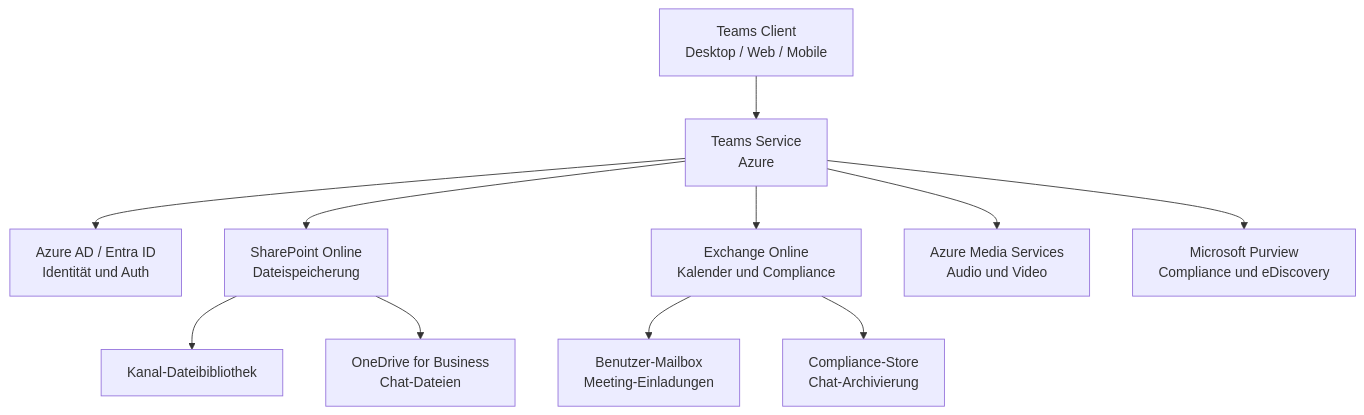
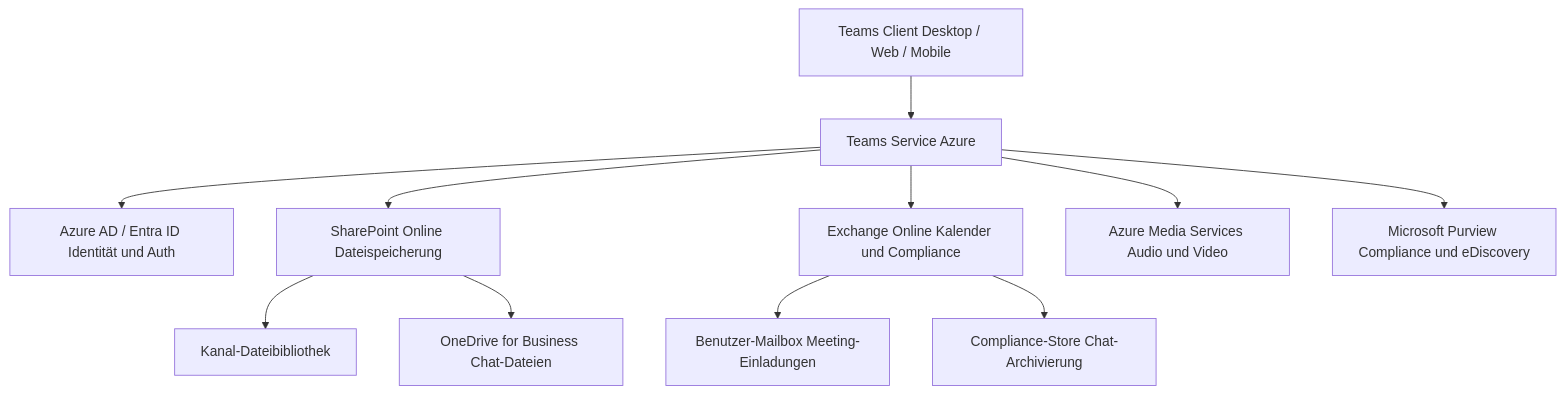
The first of 3 diagrams in Microsoft 365/Teams/Teams Grundlagen.md (SoniiiT/notes-n-docs), drawn with Mermaid before and after one commit. The commit also changed other lines of this file and 124 other files, not shown here.

First line of the commit message:
fix: Entferne \n aus allen Mermaid-Diagrammen (125 Dateien)

````diff
--- a/Microsoft 365/Teams/Teams Grundlagen.md
+++ b/Microsoft 365/Teams/Teams Grundlagen.md
@@ -36,13 +36,13 @@
 ```mermaid
 graph TD
-    TC[Teams Client\nDesktop / Web / Mobile] --> TS[Teams Service\nAzure]
-    TS --> AAD[Azure AD / Entra ID\nIdentität und Auth]
-    TS --> SPO[SharePoint Online\nDateispeicherung]
-    TS --> EXO[Exchange Online\nKalender und Compliance]
-    TS --> SKYPE[Azure Media Services\nAudio und Video]
-    TS --> PURVIEW[Microsoft Purview\nCompliance und eDiscovery]
+    TC[Teams Client Desktop / Web / Mobile] --> TS[Teams Service Azure]
+    TS --> AAD[Azure AD / Entra ID Identität und Auth]
+    TS --> SPO[SharePoint Online Dateispeicherung]
+    TS --> EXO[Exchange Online Kalender und Compliance]
+    TS --> SKYPE[Azure Media Services Audio und Video]
+    TS --> PURVIEW[Microsoft Purview Compliance und eDiscovery]
     SPO --> CHAN[Kanal-Dateibibliothek]
-    SPO --> ODB[OneDrive for Business\nChat-Dateien]
-    EXO --> MBX[Benutzer-Mailbox\nMeeting-Einladungen]
-    EXO --> HOLD[Compliance-Store\nChat-Archivierung]
+    SPO --> ODB[OneDrive for Business Chat-Dateien]
+    EXO --> MBX[Benutzer-Mailbox Meeting-Einladungen]
+    EXO --> HOLD[Compliance-Store Chat-Archivierung]
 ```
````
